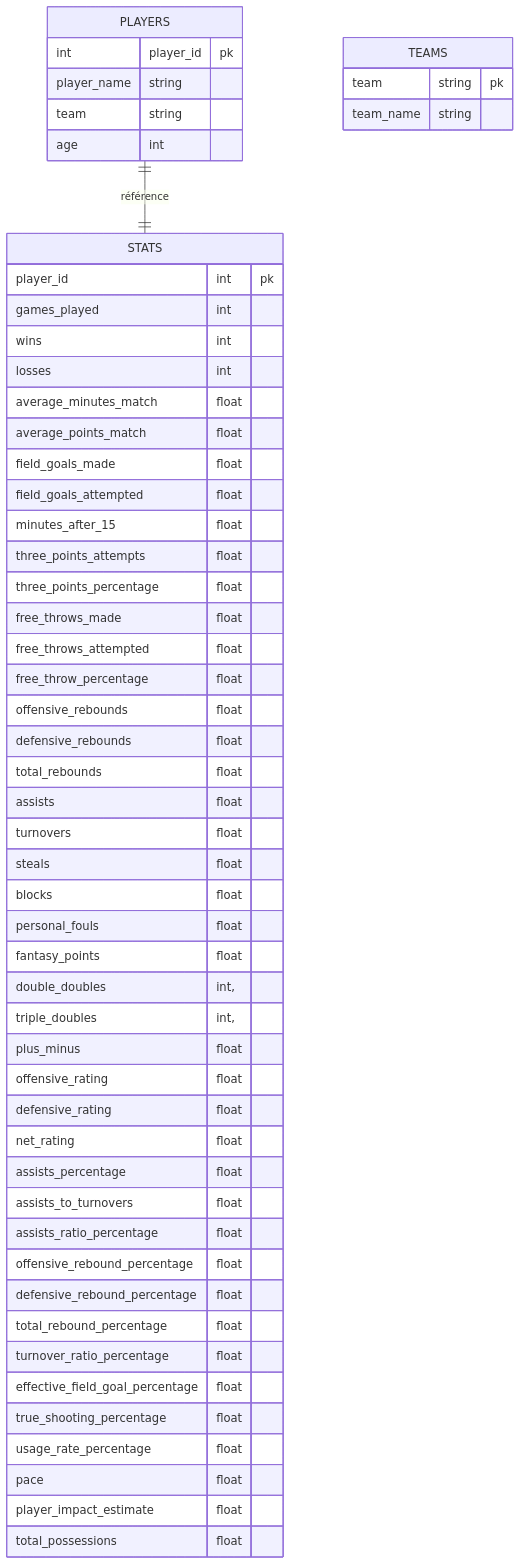
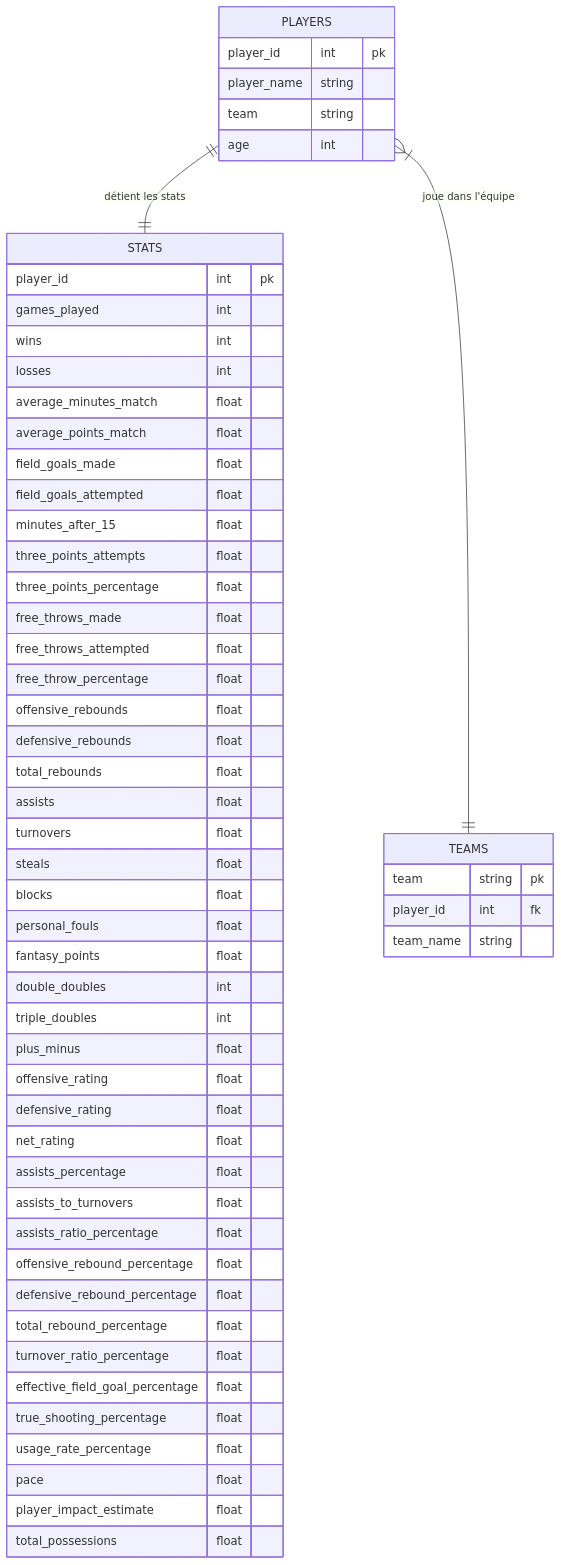
One commit to ManuHoudin/NBA changed the diagram in sql/schema.md. Above: the diagram before and after it, drawn with Mermaid. The commit also changed 5 other files, not shown here.

````diff
--- a/sql/schema.md
+++ b/sql/schema.md
@@ -1,63 +1,65 @@
 ```mermaid
 erDiagram
     PLAYERS {
-        int player_id pk
+        player_id int pk
         player_name string 
         team        string 
         age         int
     }
     
     TEAMS {
         team      string pk
+        player_id int fk
         team_name string
     }
 
     STATS {
         player_id int pk
-    games_played int
-    wins      int
-    losses    int
-    average_minutes_match   float
-    average_points_match    float
-    field_goals_made       float
-    field_goals_attempted       float
-    minutes_after_15 float
-    three_points_attempts  float
-    three_points_percentage float
-    free_throws_made       float
-    free_throws_attempted       float
-    free_throw_percentage    float
-    offensive_rebounds      float
-    defensive_rebounds      float
-    total_rebounds       float
-    assists       float
-    turnovers       float
-    steals       float
-    blocks       float
-    personal_fouls        float
-    fantasy_points float
-    double_doubles int,
-    triple_doubles int,
-    plus_minus float
-    offensive_rating   float
-    defensive_rating   float
-    net_rating   float
-    assists_percentage   float
-    assists_to_turnovers   float
-    assists_ratio_percentage   float
-    offensive_rebound_percentage  float
-    defensive_rebound_percentage  float
-    total_rebound_percentage   float
-    turnover_ratio_percentage  float
-    effective_field_goal_percentage   float
-    true_shooting_percentage    float
-    usage_rate_percentage   float
-    pace      float
-    player_impact_estimate       float
-    total_possessions      float
+        games_played int
+        wins      int
+        losses    int
+        average_minutes_match   float
+        average_points_match    float
+        field_goals_made       float
+        field_goals_attempted       float
+        minutes_after_15 float
+        three_points_attempts  float
+        three_points_percentage float
+        free_throws_made       float
+        free_throws_attempted       float
+        free_throw_percentage    float
+        offensive_rebounds      float
+        defensive_rebounds      float
+        total_rebounds       float
+        assists       float
+        turnovers       float
+        steals       float
+        blocks       float
+        personal_fouls        float
+        fantasy_points float
+        double_doubles int
+        triple_doubles int
+        plus_minus float
+        offensive_rating   float
+        defensive_rating   float
+        net_rating   float
+        assists_percentage   float
+        assists_to_turnovers   float
+        assists_ratio_percentage   float
+        offensive_rebound_percentage  float
+        defensive_rebound_percentage  float
+        total_rebound_percentage   float
+        turnover_ratio_percentage  float
+        effective_field_goal_percentage   float
+        true_shooting_percentage    float
+        usage_rate_percentage   float
+        pace      float
+        player_impact_estimate       float
+        total_possessions      float
     }
 
-    PLAYERS ||--|| STATS : "référence"
+    PLAYERS ||--|| STATS : "détient les stats"
+    PLAYERS |{--|| TEAMS : "joue dans l'équipe"
 
     
 ```
````
